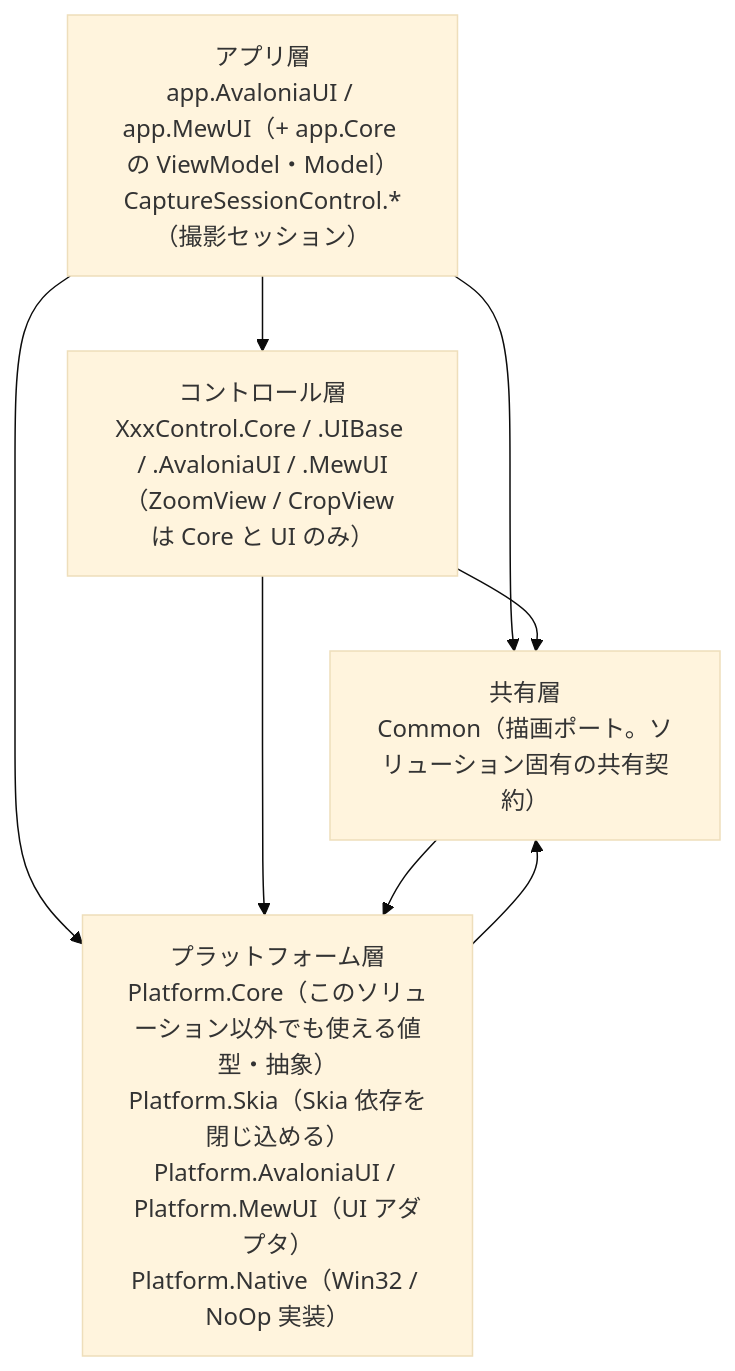
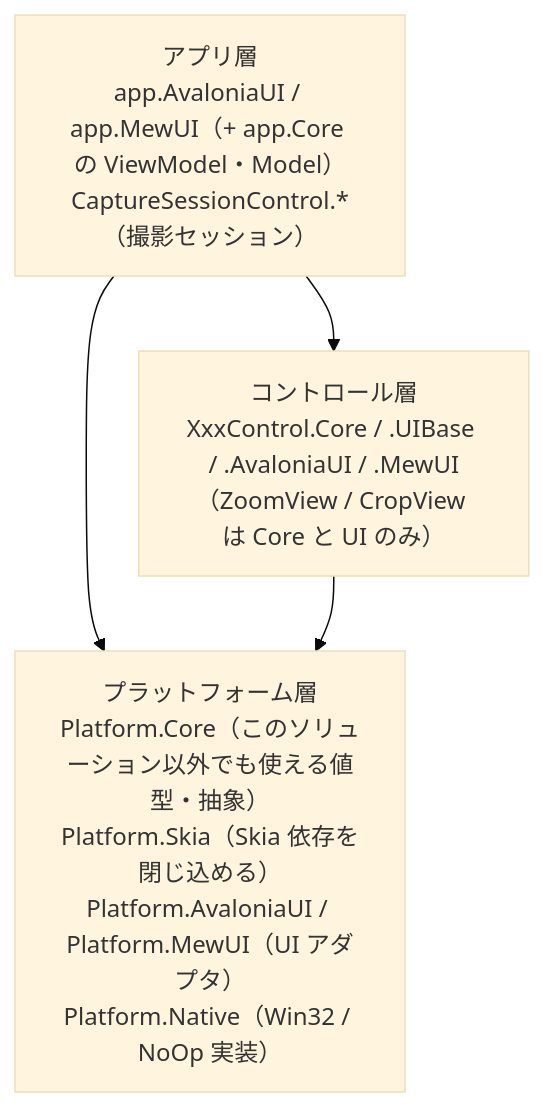
Before and after one commit to tomokuni/SaveEvidence: the first of 2 diagrams in src/README.md, drawn with Mermaid (base theme). The commit also changed other lines of this file and 92 other files, not shown here.

````diff
--- a/src/README.md
+++ b/src/README.md
@@ -8,14 +8,9 @@
 ```mermaid
 flowchart TB
     APP["アプリ層<br/>app.AvaloniaUI / app.MewUI（+ app.Core の ViewModel・Model）<br/>CaptureSessionControl.*（撮影セッション）"]
     CTRL["コントロール層<br/>XxxControl.Core / .UIBase / .AvaloniaUI / .MewUI<br/>（ZoomView / CropView は Core と UI のみ）"]
-    COMMON["共有層<br/>Common（描画ポート。ソリューション固有の共有契約）"]
     PLAT["プラットフォーム層<br/>Platform.Core（このソリューション以外でも使える値型・抽象）<br/>Platform.Skia（Skia 依存を閉じ込める）<br/>Platform.AvaloniaUI / Platform.MewUI（UI アダプタ）<br/>Platform.Native（Win32 / NoOp 実装）"]
     APP --> CTRL
-    APP --> COMMON
     APP --> PLAT
-    CTRL --> COMMON
     CTRL --> PLAT
-    COMMON --> PLAT
-    PLAT --> COMMON
 ```
````
